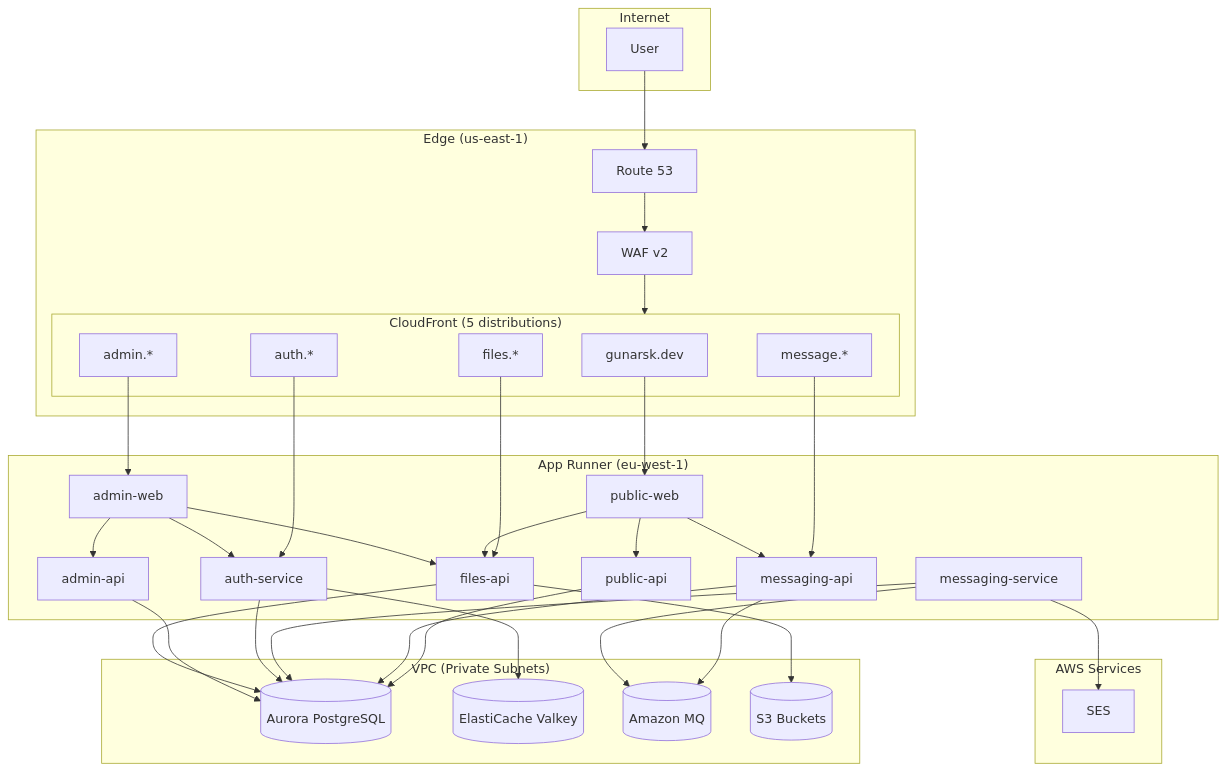
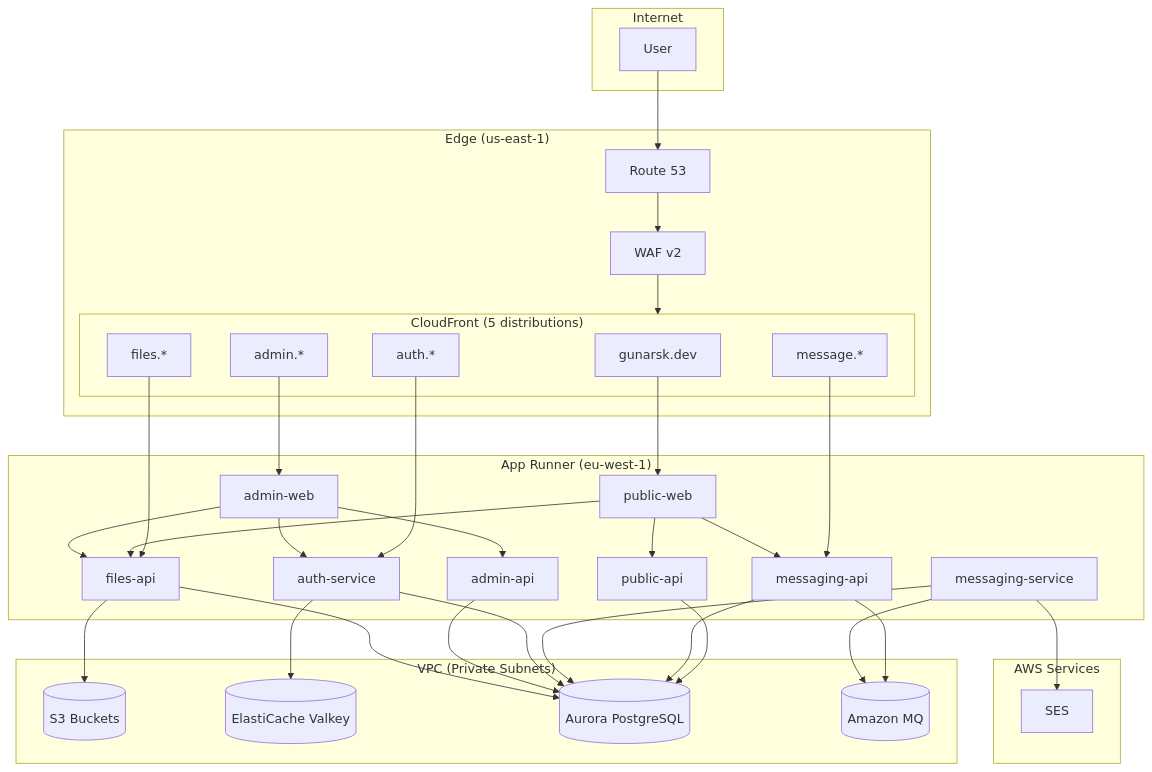
Before and after one commit to GunarsK-portfolio/infrastructure: the second of 2 diagrams in docs/ARCHITECTURE.md, drawn with Mermaid. The commit also changed other lines of this file and 5 other files, not shown here.

````diff
--- a/docs/ARCHITECTURE.md
+++ b/docs/ARCHITECTURE.md
@@ -141,69 +142,69 @@
 ```mermaid
 flowchart TB
     subgraph Internet
         USER[User]
     end
 
     subgraph Edge["Edge (us-east-1)"]
         R53[Route 53]
         WAF[WAF v2]
         subgraph CloudFront["CloudFront (5 distributions)"]
             CF_PUB[gunarsk.dev]
             CF_ADM[admin.*]
             CF_AUTH[auth.*]
             CF_FILES[files.*]
             CF_MSG[message.*]
         end
     end
 
     subgraph AppRunner["App Runner (eu-west-1)"]
         PW[public-web]
         AW[admin-web]
         PA[public-api]
         AA[admin-api]
         AUTH[auth-service]
         FA[files-api]
         MA[messaging-api]
         MS[messaging-service]
     end
 
     subgraph VPC["VPC (Private Subnets)"]
+        S3[(S3 Buckets)]
+        REDIS[(ElastiCache Valkey)]
         AURORA[(Aurora PostgreSQL)]
-        REDIS[(ElastiCache Valkey)]
         MQ[(Amazon MQ)]
-        S3[(S3 Buckets)]
     end
 
     subgraph AWS["AWS Services"]
         SES[SES]
     end
 
     USER --> R53
     R53 --> WAF
     WAF --> CloudFront
 
     CF_PUB --> PW
     CF_ADM --> AW
     CF_AUTH --> AUTH
     CF_FILES --> FA
     CF_MSG --> MA
 
     PW --> PA
     PW --> MA
     PW --> FA
     AW --> AUTH
     AW --> AA
     AW --> FA
 
     PA --> AURORA
     MA --> AURORA
     MA --> MQ
     MS --> MQ
     MS --> AURORA
     MS --> SES
     AUTH --> AURORA
     AUTH --> REDIS
     AA --> AURORA
     FA --> AURORA
     FA --> S3
 ```
````
